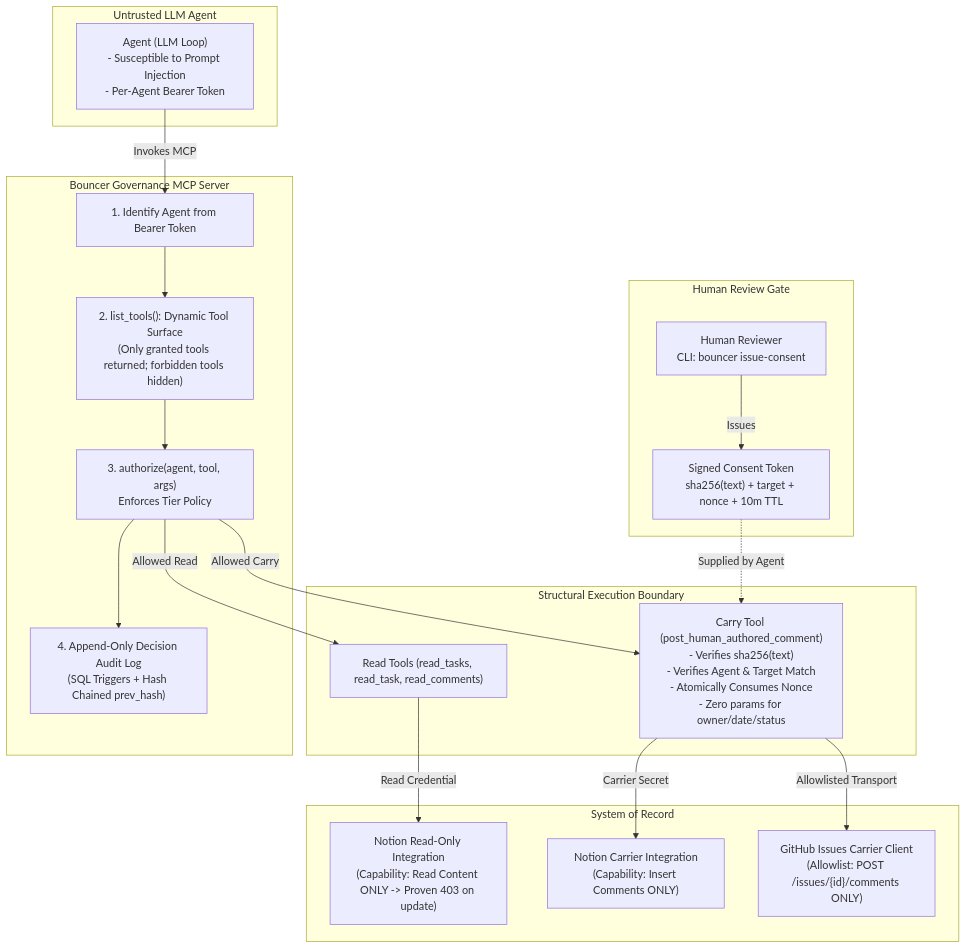
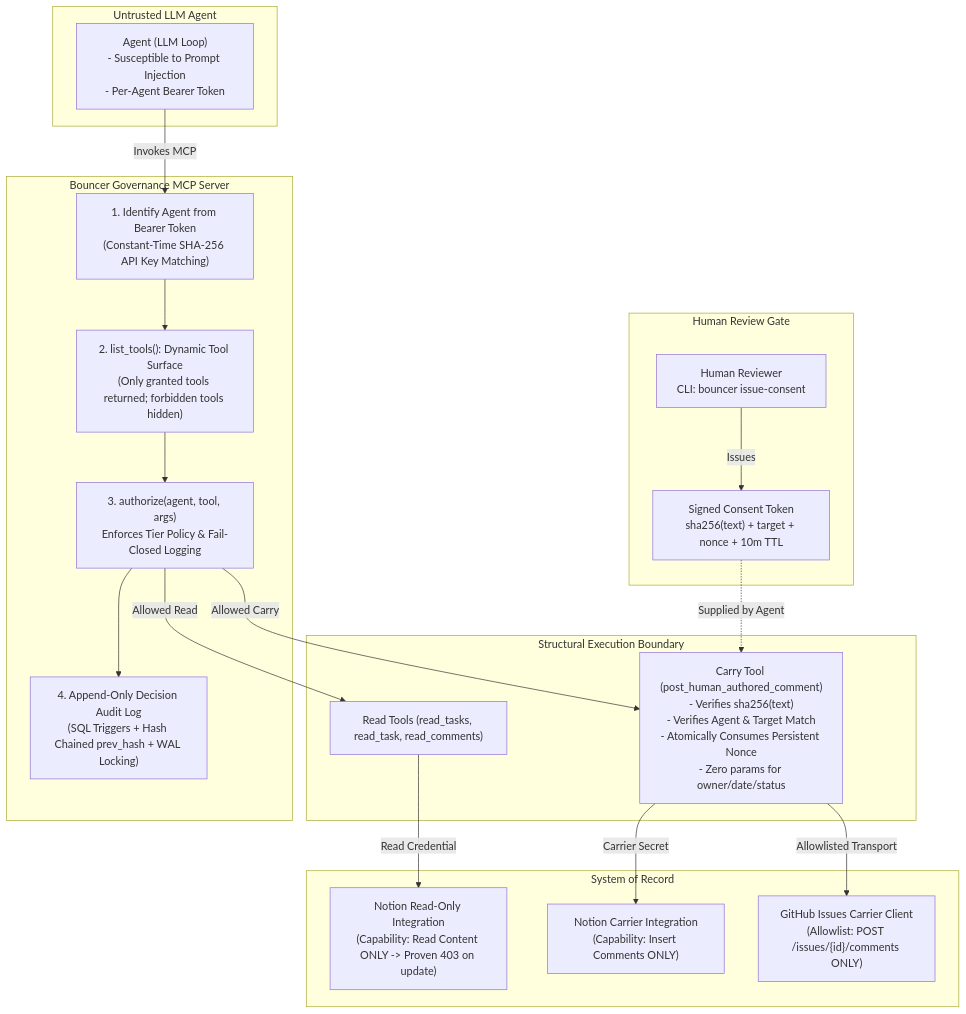
Before and after one commit to Harsh-karn/Bouncer-permission-bounded-MCP-server-and-agent-registry-: the diagram in README.md, drawn with Mermaid. The commit also changed other lines of this file, not shown here.

````diff
--- a/README.md
+++ b/README.md
@@ -30,42 +31,42 @@
 ```mermaid
 flowchart TD
     subgraph Untrusted_Zone ["Untrusted LLM Agent"]
         Agent["Agent (LLM Loop)\n- Susceptible to Prompt Injection\n- Per-Agent Bearer Token"]
     end
 
     subgraph Human_Zone ["Human Review Gate"]
         Human["Human Reviewer\nCLI: bouncer issue-consent"]
         Token["Signed Consent Token\nsha256(text) + target + nonce + 10m TTL"]
         Human -->|Issues| Token
     end
 
     subgraph Bouncer_Core ["Bouncer Governance MCP Server"]
-        Gate["1. Identify Agent from Bearer Token"]
+        Gate["1. Identify Agent from Bearer Token\n(Constant-Time SHA-256 API Key Matching)"]
         Filter["2. list_tools(): Dynamic Tool Surface\n(Only granted tools returned; forbidden tools hidden)"]
-        Authz["3. authorize(agent, tool, args)\nEnforces Tier Policy"]
-        Audit["4. Append-Only Decision Audit Log\n(SQL Triggers + Hash Chained prev_hash)"]
+        Authz["3. authorize(agent, tool, args)\nEnforces Tier Policy & Fail-Closed Logging"]
+        Audit["4. Append-Only Decision Audit Log\n(SQL Triggers + Hash Chained prev_hash + WAL Locking)"]
 
         Gate --> Filter --> Authz --> Audit
     end
 
     subgraph Execution_Boundary ["Structural Execution Boundary"]
         ReadTool["Read Tools (read_tasks, read_task, read_comments)"]
-        CarryTool["Carry Tool (post_human_authored_comment)\n- Verifies sha256(text)\n- Verifies Agent & Target Match\n- Atomically Consumes Nonce\n- Zero params for owner/date/status"]
+        CarryTool["Carry Tool (post_human_authored_comment)\n- Verifies sha256(text)\n- Verifies Agent & Target Match\n- Atomically Consumes Persistent Nonce\n- Zero params for owner/date/status"]
     end
 
     subgraph Work_Systems ["System of Record"]
         NotionRO["Notion Read-Only Integration\n(Capability: Read Content ONLY -> Proven 403 on update)"]
         NotionCarrier["Notion Carrier Integration\n(Capability: Insert Comments ONLY)"]
         GitHubCarrier["GitHub Issues Carrier Client\n(Allowlist: POST /issues/{id}/comments ONLY)"]
     end
 
     Agent -->|Invokes MCP| Gate
     Token -.->|Supplied by Agent| CarryTool
 
     Authz -->|Allowed Read| ReadTool
     Authz -->|Allowed Carry| CarryTool
 
     ReadTool -->|Read Credential| NotionRO
     CarryTool -->|Carrier Secret| NotionCarrier
     CarryTool -->|Allowlisted Transport| GitHubCarrier
 ```
````
